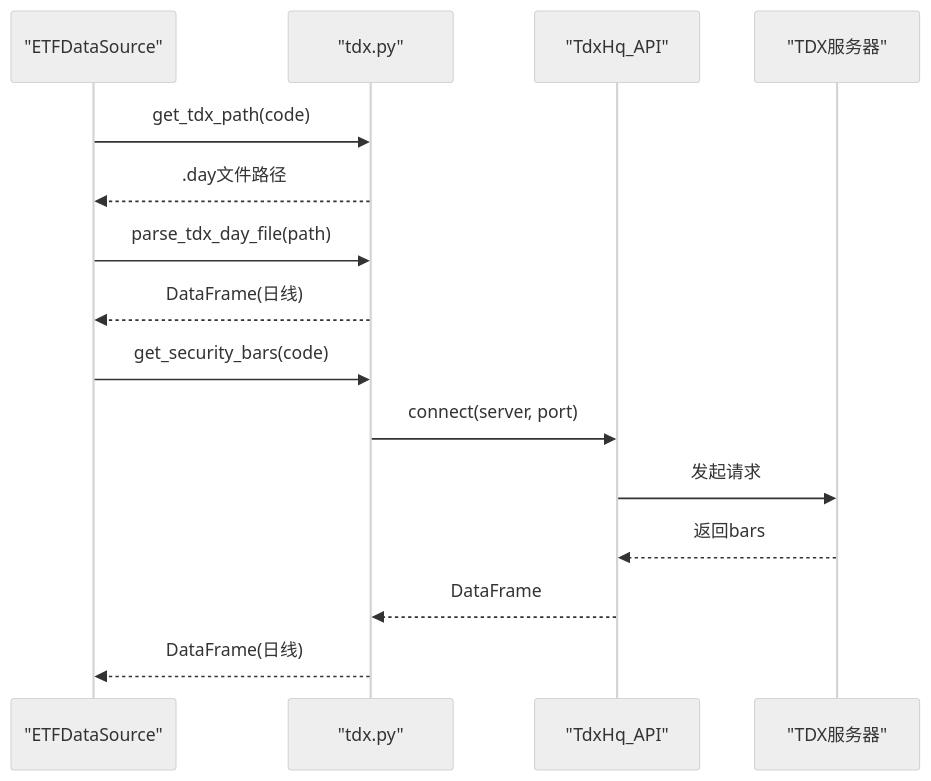
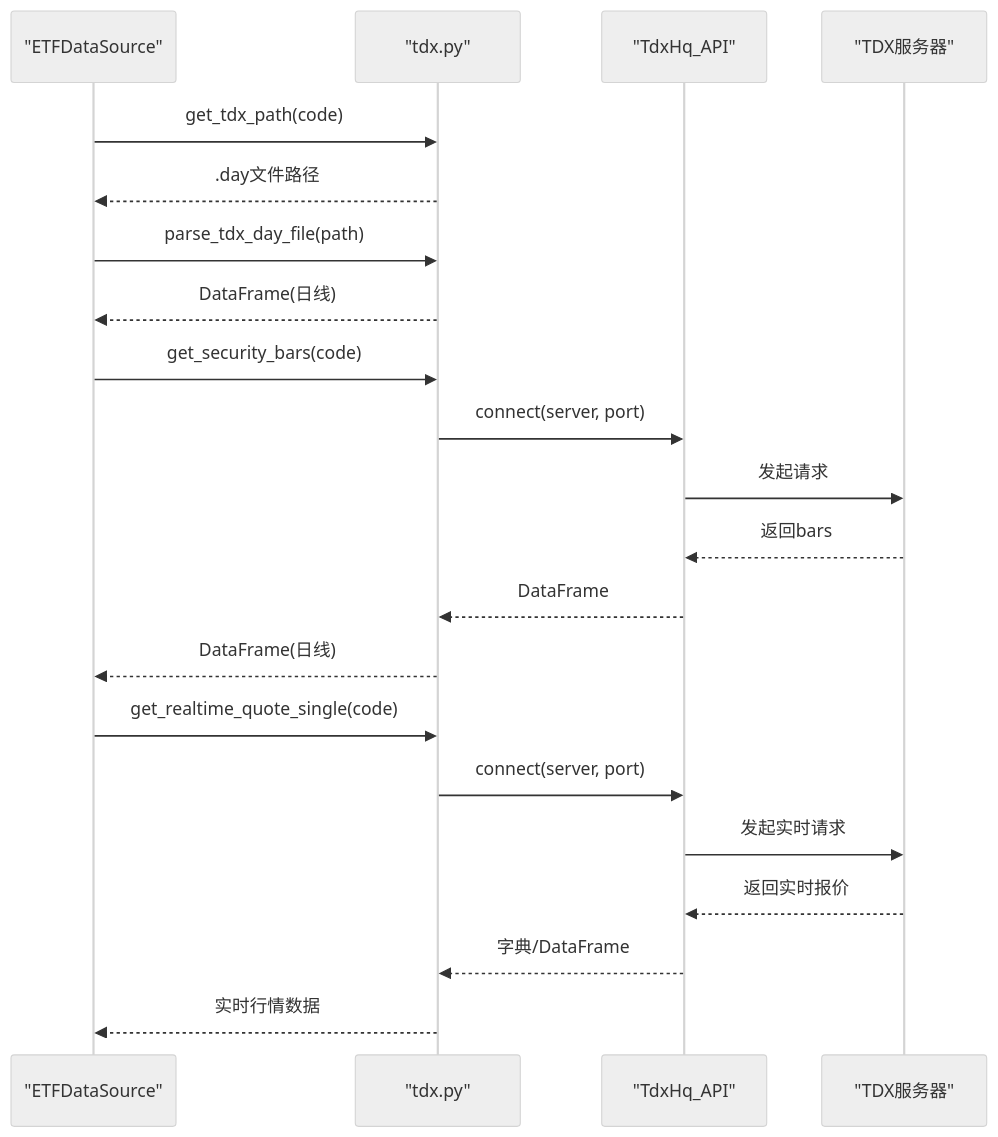
Before and after one commit to ldeng76/quant-ETF: the fourth of 11 diagrams in .qoder/repowiki/zh/content/数据处理系统/数据处理系统.md, drawn with Mermaid (neutral theme). The commit also changed other lines of this file and 12 other files, not shown here.

````diff
--- a/.qoder/repowiki/zh/content/数据处理系统/数据处理系统.md
+++ b/.qoder/repowiki/zh/content/数据处理系统/数据处理系统.md
@@ -223,17 +302,23 @@
 ```mermaid
 sequenceDiagram
 participant DS as "ETFDataSource"
 participant TDX as "tdx.py"
 participant API as "TdxHq_API"
 participant S as "TDX服务器"
 DS->>TDX : get_tdx_path(code)
 TDX-->>DS : .day文件路径
 DS->>TDX : parse_tdx_day_file(path)
 TDX-->>DS : DataFrame(日线)
 DS->>TDX : get_security_bars(code)
 TDX->>API : connect(server, port)
 API->>S : 发起请求
 S-->>API : 返回bars
 API-->>TDX : DataFrame
 TDX-->>DS : DataFrame(日线)
+DS->>TDX : get_realtime_quote_single(code)
+TDX->>API : connect(server, port)
+API->>S : 发起实时请求
+S-->>API : 返回实时报价
+API-->>TDX : 字典/DataFrame
+TDX-->>DS : 实时行情数据
 ```
````
